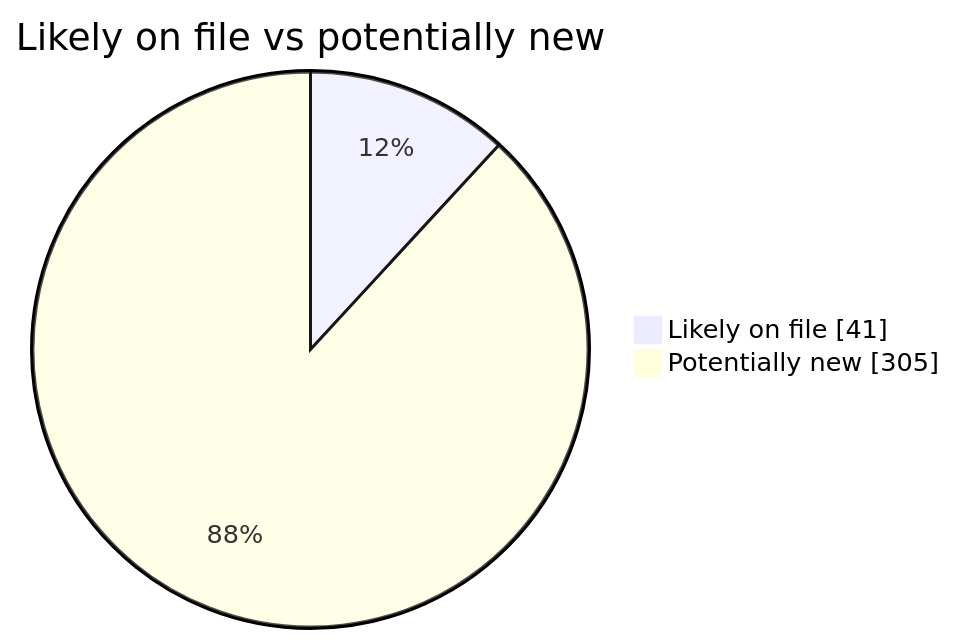
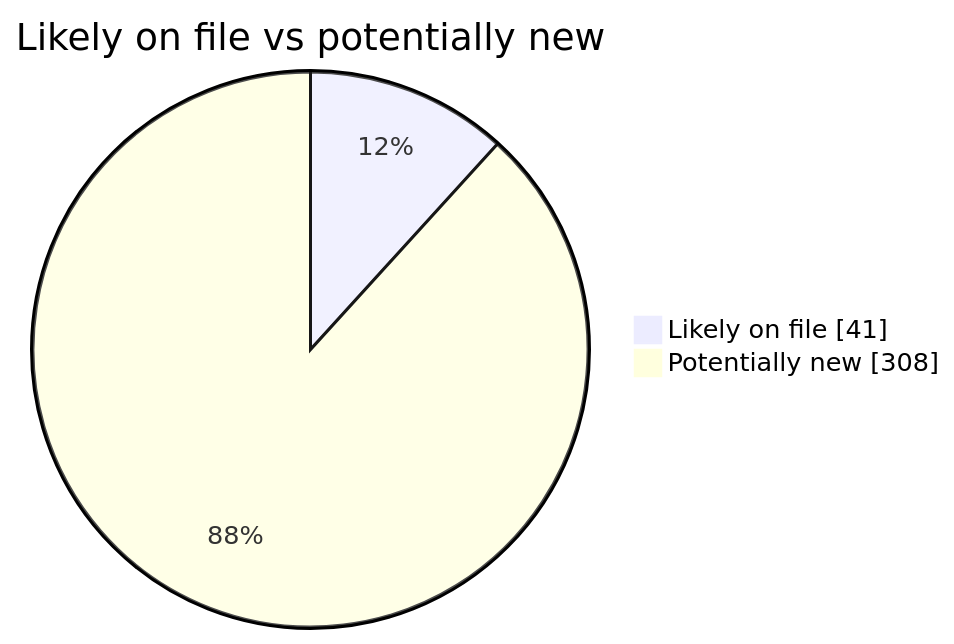
Before and after one commit to martinbalfanz/social-scanner-reports: the second of 4 diagrams in README.md, drawn with Mermaid. The commit also changed other lines of this file and 4 other files, not shown here.

````diff
--- a/README.md
+++ b/README.md
@@ -40,5 +40,5 @@
 ```mermaid
 pie showData title Likely on file vs potentially new
     "Likely on file" : 41
-    "Potentially new" : 305
+    "Potentially new" : 308
 ```
````
